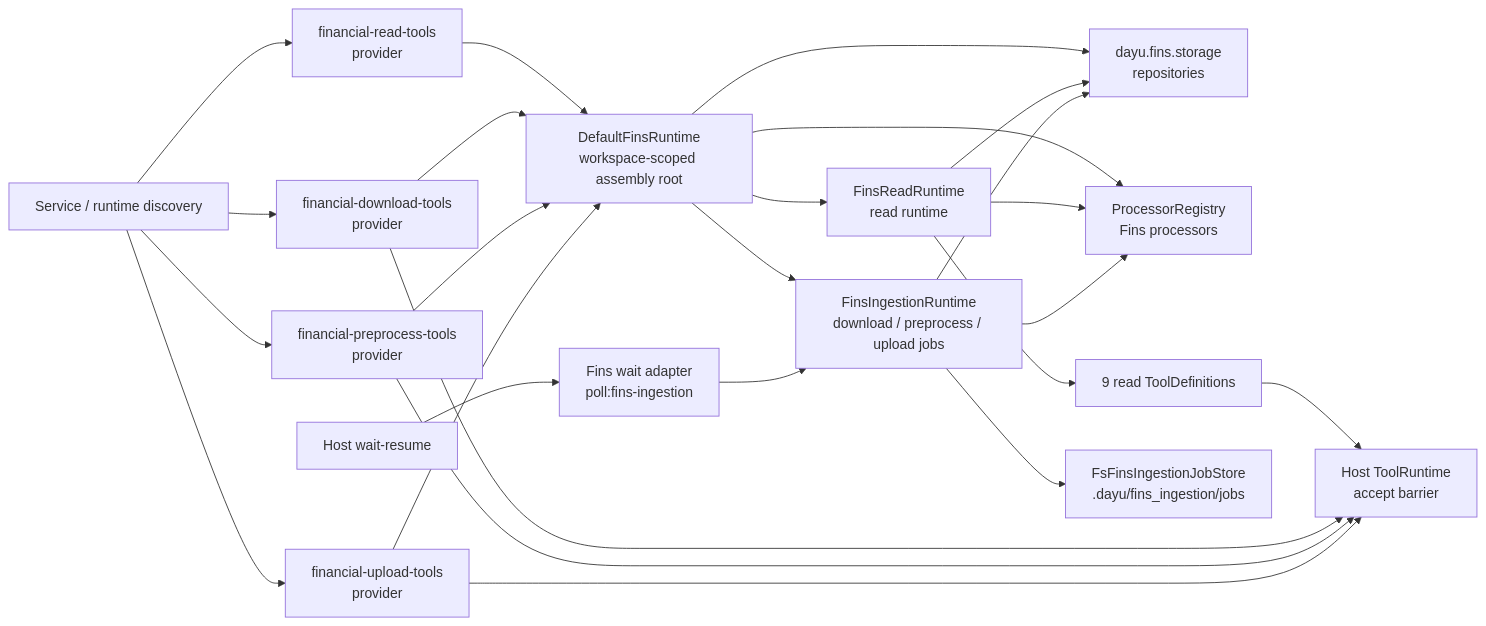
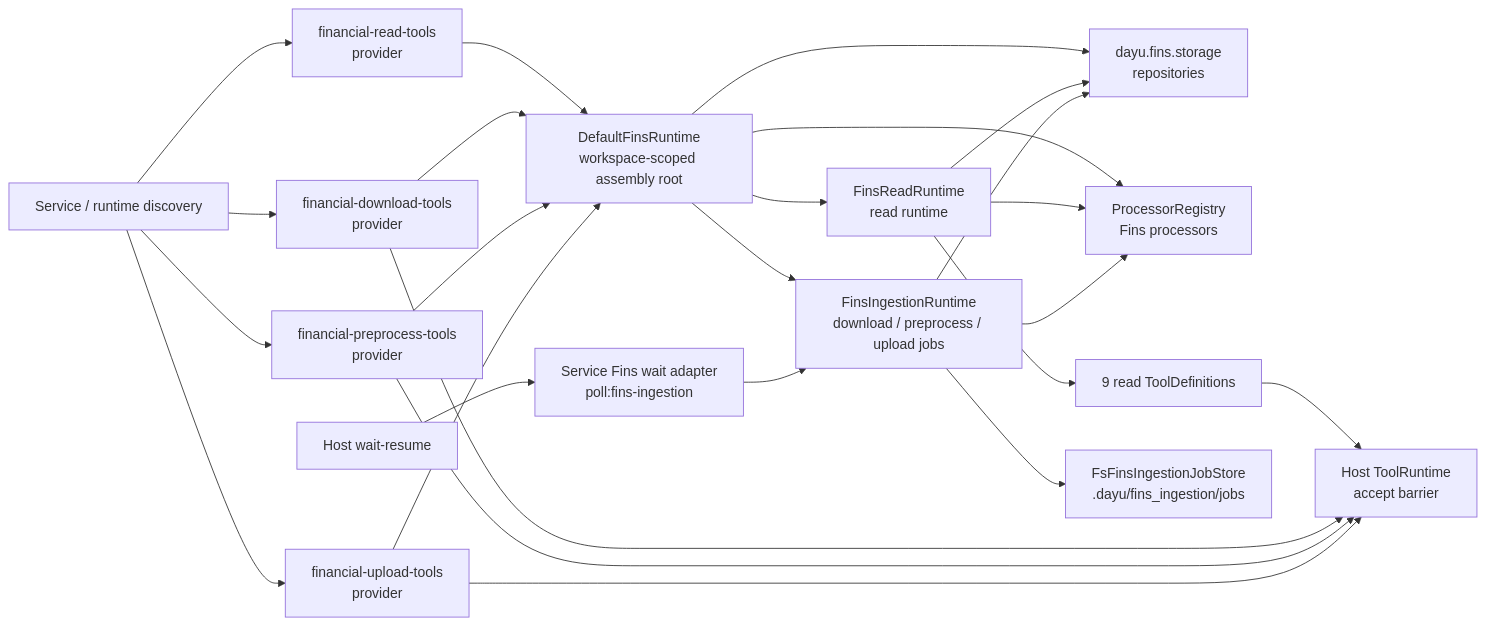
One commit to noho/dayu-agent-r changed the diagram in dayu/fins/README.md. Above: the diagram before and after it, drawn with Mermaid. The commit also changed other lines of this file and 2292 other files, not shown here.

````diff
--- a/dayu/fins/README.md
+++ b/dayu/fins/README.md
@@ -360,43 +401,43 @@
 ```mermaid
 flowchart LR
     assembly["Service / runtime discovery"]
     read_provider["financial-read-tools\nprovider"]
     download_provider["financial-download-tools\nprovider"]
     preprocess_provider["financial-preprocess-tools\nprovider"]
     upload_provider["financial-upload-tools\nprovider"]
     runtime["DefaultFinsRuntime\nworkspace-scoped assembly root"]
     storage["dayu.fins.storage\nrepositories"]
     registry["ProcessorRegistry\nFins processors"]
     read_service["FinsReadRuntime\nread runtime"]
     read_tools["9 read ToolDefinitions"]
     ingestion["FinsIngestionRuntime\ndownload / preprocess / upload jobs"]
     job_store["FsFinsIngestionJobStore\n.dayu/fins_ingestion/jobs"]
-    wait_adapter["Fins wait adapter\npoll:fins-ingestion"]
+    service_wait_adapter["Service Fins wait adapter\npoll:fins-ingestion"]
     host_tool_runtime["Host ToolRuntime\naccept barrier"]
     host_wait["Host wait-resume"]
 
     assembly --> read_provider
     assembly --> download_provider
     assembly --> preprocess_provider
     assembly --> upload_provider
     read_provider --> runtime
     download_provider --> runtime
     preprocess_provider --> runtime
     upload_provider --> runtime
     runtime --> storage
     runtime --> registry
     runtime --> read_service
     runtime --> ingestion
     read_service --> storage
     read_service --> registry
     read_service --> read_tools
     ingestion --> storage
     ingestion --> registry
     ingestion --> job_store
-    wait_adapter --> ingestion
+    service_wait_adapter --> ingestion
     read_tools --> host_tool_runtime
     download_provider --> host_tool_runtime
     preprocess_provider --> host_tool_runtime
     upload_provider --> host_tool_runtime
-    host_wait --> wait_adapter
+    host_wait --> service_wait_adapter
 ```
````
